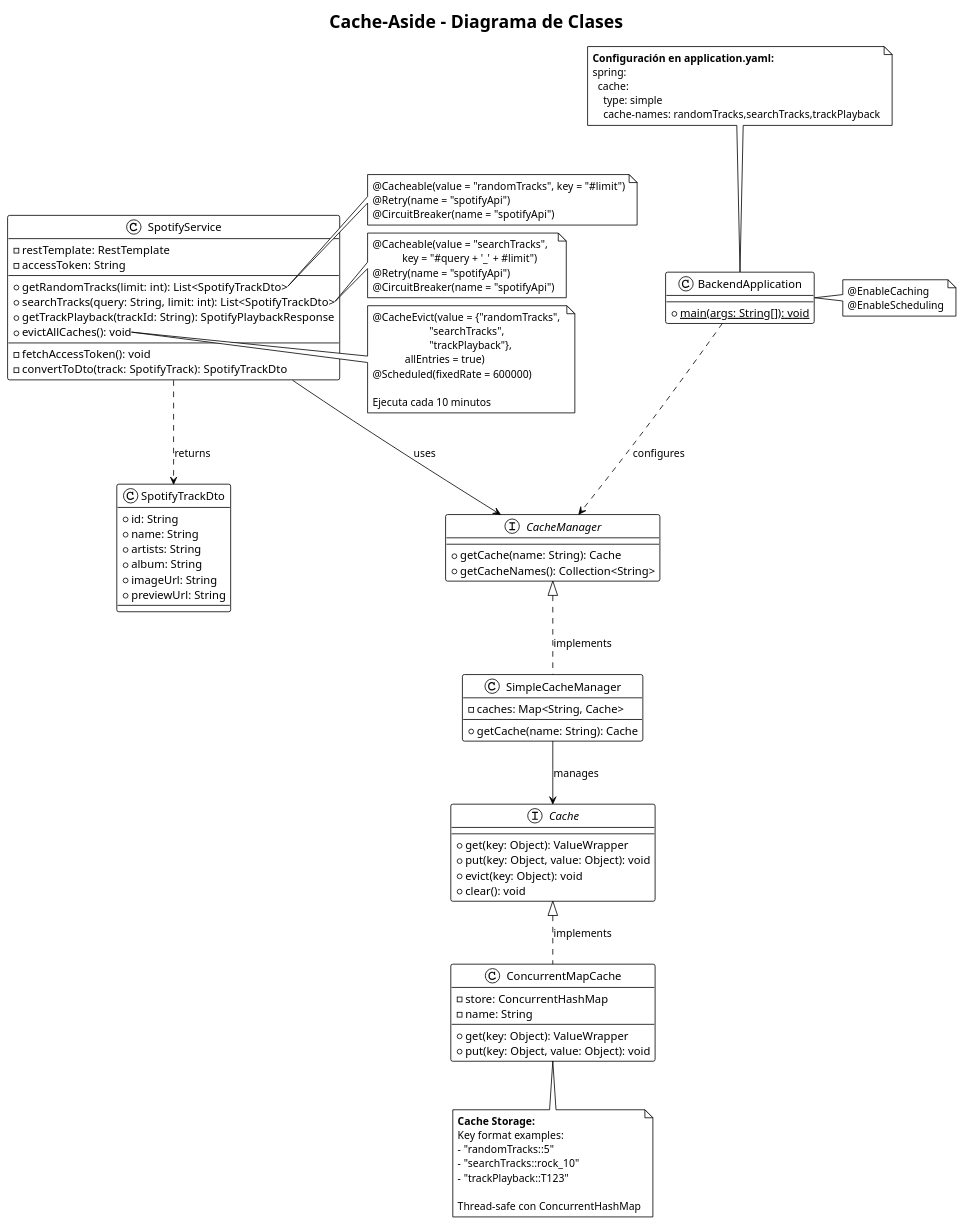
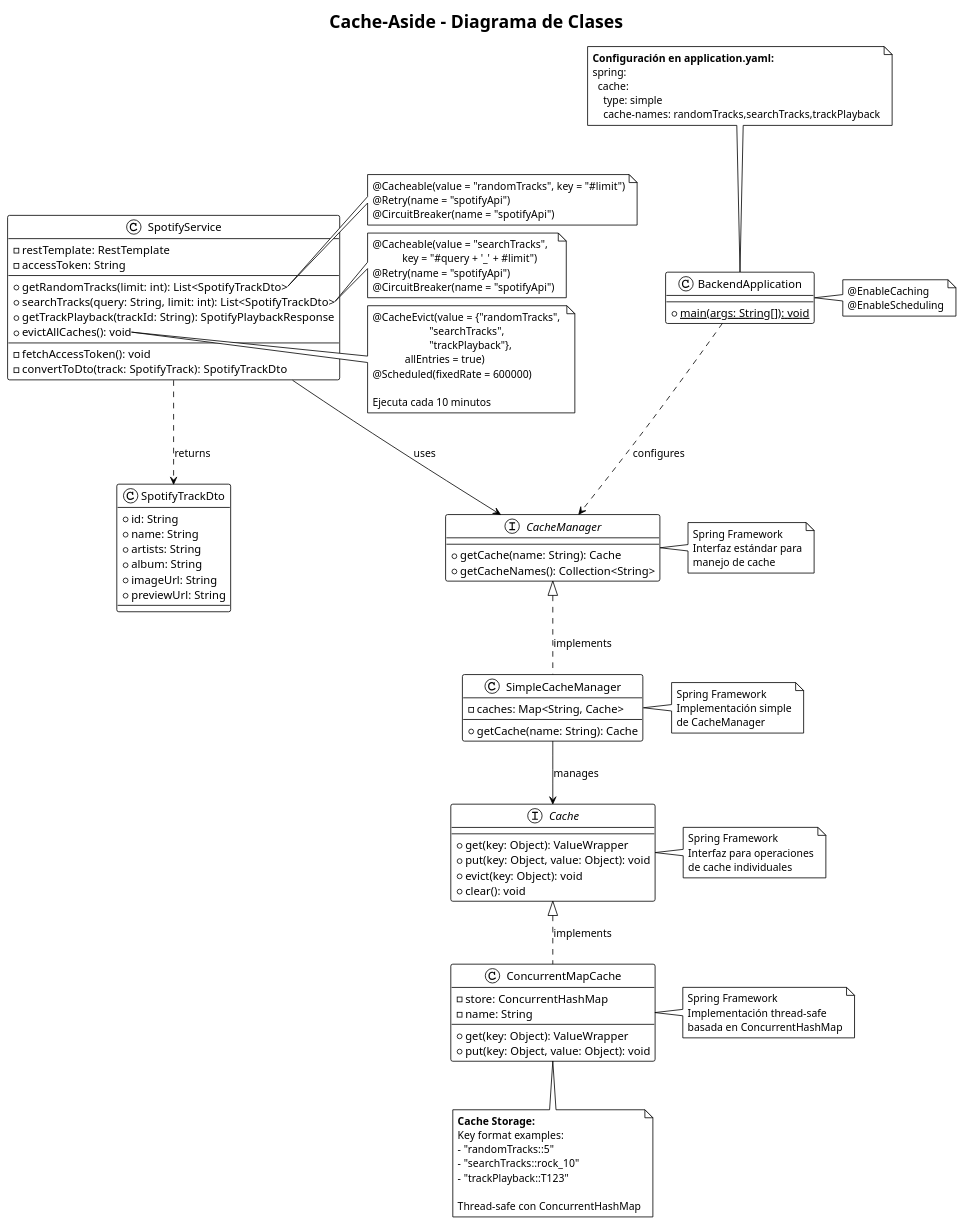
The diagram in diagramas/cache-aside-class.pu (clara-s-n/musify), drawn with PlantUML before and after one commit. The commit also changed 10 other files, not shown here.

Commit message:
Update diagrams with lifelines, external cloud structures, and justification notes

```diff
--- a/diagramas/cache-aside-class.pu
+++ b/diagramas/cache-aside-class.pu
@@ -1,104 +1,108 @@
 @startuml cache-aside-class
 !theme plain
 title Cache-Aside - Diagrama de Clases
 
 class BackendApplication {
   + {static} main(args: String[]): void
 }
 note right: @EnableCaching\n@EnableScheduling
 
 interface CacheManager {
   + getCache(name: String): Cache
   + getCacheNames(): Collection<String>
 }
+note right: Spring Framework\nInterfaz estándar para\nmanejo de cache
 
 class SimpleCacheManager {
   - caches: Map<String, Cache>
   + getCache(name: String): Cache
 }
+note right: Spring Framework\nImplementación simple\nde CacheManager
 
 interface Cache {
   + get(key: Object): ValueWrapper
   + put(key: Object, value: Object): void
   + evict(key: Object): void
   + clear(): void
 }
+note right: Spring Framework\nInterfaz para operaciones\nde cache individuales
 
 class ConcurrentMapCache {
   - store: ConcurrentHashMap
   - name: String
   + get(key: Object): ValueWrapper
   + put(key: Object, value: Object): void
 }
+note right: Spring Framework\nImplementación thread-safe\nbasada en ConcurrentHashMap
 
 class SpotifyService {
   - restTemplate: RestTemplate
   - accessToken: String
   --
   + {method} getRandomTracks(limit: int): List<SpotifyTrackDto>
   + {method} searchTracks(query: String, limit: int): List<SpotifyTrackDto>
   + {method} getTrackPlayback(trackId: String): SpotifyPlaybackResponse
   + {method} evictAllCaches(): void
   --
   - fetchAccessToken(): void
   - convertToDto(track: SpotifyTrack): SpotifyTrackDto
 }
 
 note right of SpotifyService::getRandomTracks
   @Cacheable(value = "randomTracks", key = "#limit")
   @Retry(name = "spotifyApi")
   @CircuitBreaker(name = "spotifyApi")
 end note
 
 note right of SpotifyService::searchTracks
   @Cacheable(value = "searchTracks", 
              key = "#query + '_' + #limit")
   @Retry(name = "spotifyApi")
   @CircuitBreaker(name = "spotifyApi")
 end note
 
 note right of SpotifyService::evictAllCaches
   @CacheEvict(value = {"randomTracks", 
                        "searchTracks", 
                        "trackPlayback"}, 
               allEntries = true)
   @Scheduled(fixedRate = 600000)
   
   Ejecuta cada 10 minutos
 end note
 
 class SpotifyTrackDto {
   + id: String
   + name: String
   + artists: String
   + album: String
   + imageUrl: String
   + previewUrl: String
 }
 
 BackendApplication ..> CacheManager : configures
 CacheManager <|.. SimpleCacheManager : implements
 SimpleCacheManager --> Cache : manages
 Cache <|.. ConcurrentMapCache : implements
 SpotifyService --> CacheManager : uses
 SpotifyService ..> SpotifyTrackDto : returns
 
 note bottom of ConcurrentMapCache
   **Cache Storage:**
   Key format examples:
   - "randomTracks::5"
   - "searchTracks::rock_10"
   - "trackPlayback::T123"
   
   Thread-safe con ConcurrentHashMap
 end note
 
 note top of BackendApplication
   **Configuración en application.yaml:**
   spring:
     cache:
       type: simple
       cache-names: randomTracks,searchTracks,trackPlayback
 end note
 
 @enduml
```
